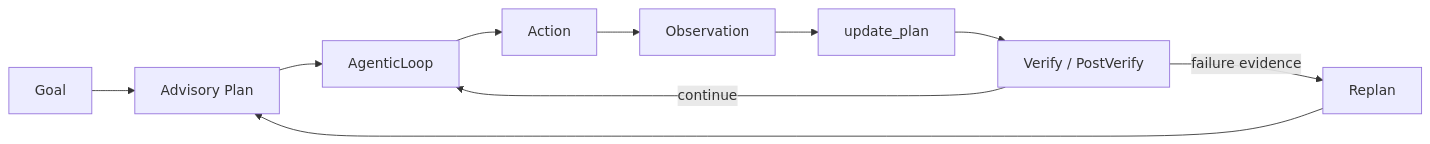
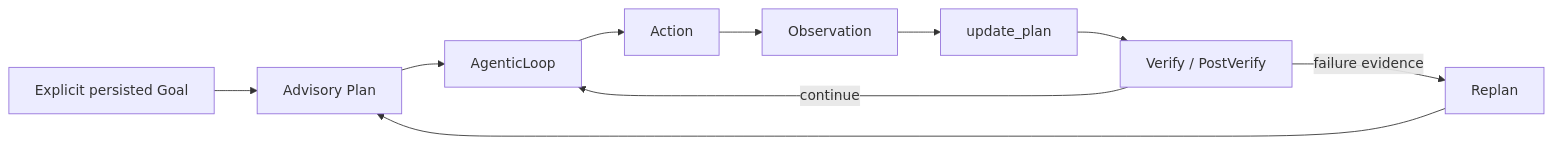
One commit to mangowhoiscloud/geode changed the first of 3 diagrams in docs/plans/2026-08-10-stanford-part5-plan-deep-research.md. Above: the diagram before and after it, drawn with Mermaid. The commit also changed other lines of this file and 45 other files, not shown here.

````diff
--- a/docs/plans/2026-08-10-stanford-part5-plan-deep-research.md
+++ b/docs/plans/2026-08-10-stanford-part5-plan-deep-research.md
@@ -13,12 +13,12 @@
 ```mermaid
 flowchart LR
-    G["Goal"] --> P["Advisory Plan"]
+    G["Explicit persisted Goal"] --> P["Advisory Plan"]
     P --> L["AgenticLoop"]
     L --> A["Action"]
     A --> O["Observation"]
     O --> U["update_plan"]
     U --> V["Verify / PostVerify"]
     V -->|"continue"| L
     V -->|"failure evidence"| R["Replan"]
     R --> P
 ```
````
